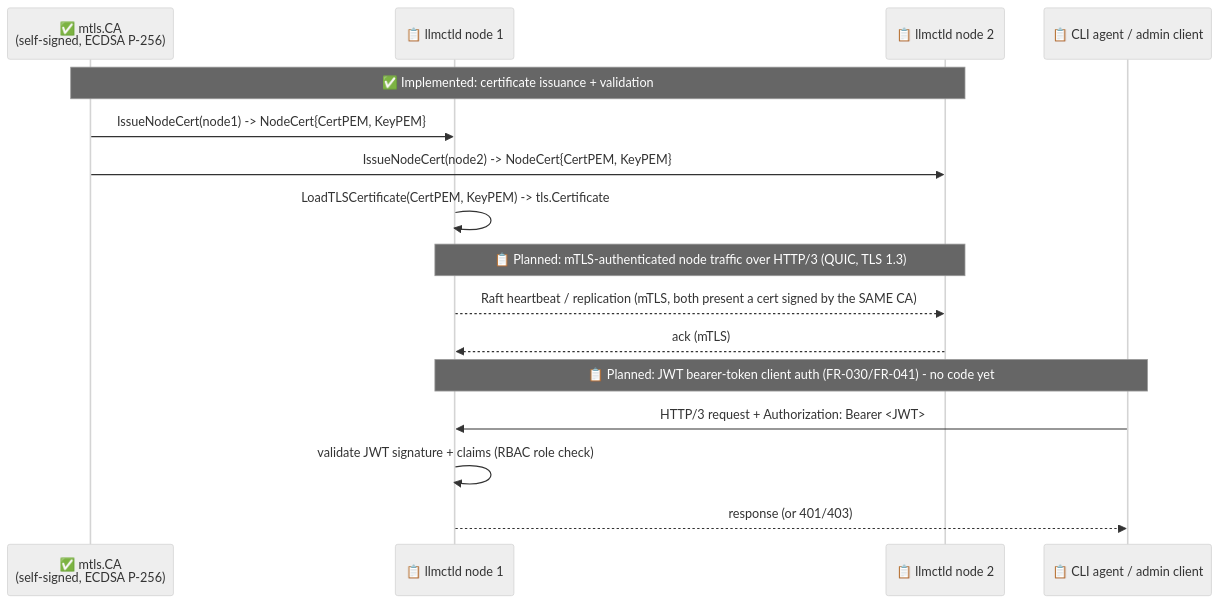
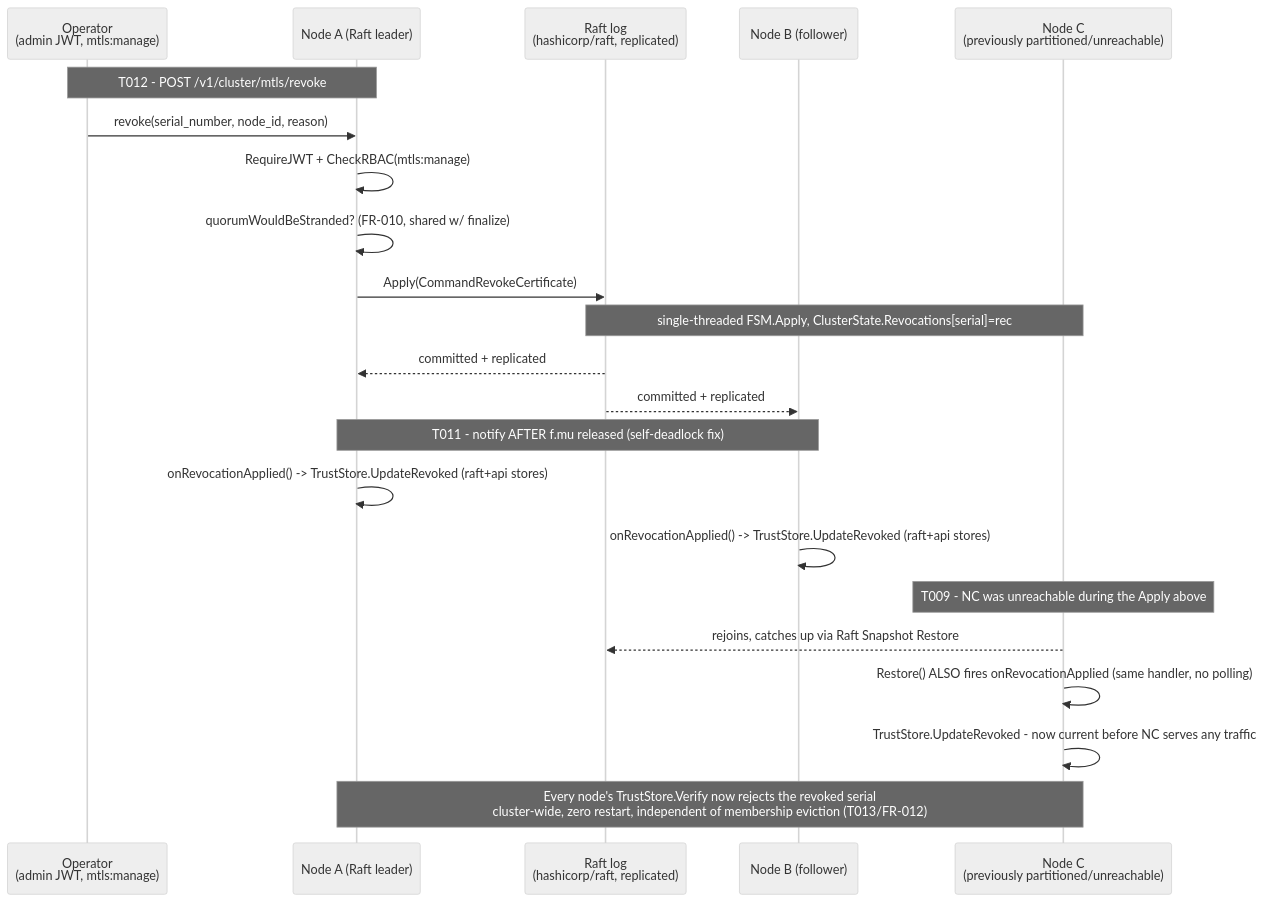
Before and after one commit to vasic-digital/llmctl: the second of 6 diagrams in docs/cluster-architecture.md, drawn with Mermaid (neutral theme). The commit also changed other lines of this file and 2 other files, not shown here.

````diff
--- a/docs/cluster-architecture.md
+++ b/docs/cluster-architecture.md
@@ -80,21 +156,29 @@
 ```mermaid
 sequenceDiagram
-    participant CA as ✅ mtls.CA<br/>(self-signed, ECDSA P-256)
-    participant N1 as 📋 llmctld node 1
-    participant N2 as 📋 llmctld node 2
-    participant Client as 📋 CLI agent / admin client
+    participant Op as Operator<br/>(admin JWT, mtls:manage)
+    participant NA as Node A (Raft leader)
+    participant Log as Raft log<br/>(hashicorp/raft, replicated)
+    participant NB as Node B (follower)
+    participant NC as Node C<br/>(previously partitioned/unreachable)
 
-    Note over CA,N2: ✅ Implemented: certificate issuance + validation
-    CA->>N1: IssueNodeCert(node1) -> NodeCert{CertPEM, KeyPEM}
-    CA->>N2: IssueNodeCert(node2) -> NodeCert{CertPEM, KeyPEM}
-    N1->>N1: LoadTLSCertificate(CertPEM, KeyPEM) -> tls.Certificate
+    Note over Op,NA: T012 - POST /v1/cluster/mtls/revoke
+    Op->>NA: revoke(serial_number, node_id, reason)
+    NA->>NA: RequireJWT + CheckRBAC(mtls:manage)
+    NA->>NA: quorumWouldBeStranded? (FR-010, shared w/ finalize)
+    NA->>Log: Apply(CommandRevokeCertificate)
 
-    Note over N1,N2: 📋 Planned: mTLS-authenticated node traffic over HTTP/3 (QUIC, TLS 1.3)
-    N1-->>N2: Raft heartbeat / replication (mTLS, both present a cert signed by the SAME CA)
-    N2-->>N1: ack (mTLS)
+    Note over Log,NC: single-threaded FSM.Apply, ClusterState.Revocations[serial]=rec
+    Log-->>NA: committed + replicated
+    Log-->>NB: committed + replicated
 
-    Note over Client,N1: 📋 Planned: JWT bearer-token client auth (FR-030/FR-041) - no code yet
-    Client->>N1: HTTP/3 request + Authorization: Bearer <JWT>
-    N1->>N1: validate JWT signature + claims (RBAC role check)
-    N1-->>Client: response (or 401/403)
+    Note over NA,NB: T011 - notify AFTER f.mu released (self-deadlock fix)
+    NA->>NA: onRevocationApplied() -> TrustStore.UpdateRevoked (raft+api stores)
+    NB->>NB: onRevocationApplied() -> TrustStore.UpdateRevoked (raft+api stores)
+
+    Note over NC: T009 - NC was unreachable during the Apply above
+    NC-->>Log: rejoins, catches up via Raft Snapshot Restore
+    NC->>NC: Restore() ALSO fires onRevocationApplied (same handler, no polling)
+    NC->>NC: TrustStore.UpdateRevoked - now current before NC serves any traffic
+
+    Note over NA,NC: Every node's TrustStore.Verify now rejects the revoked serial<br/>cluster-wide, zero restart, independent of membership eviction (T013/FR-012)
 ```
````
